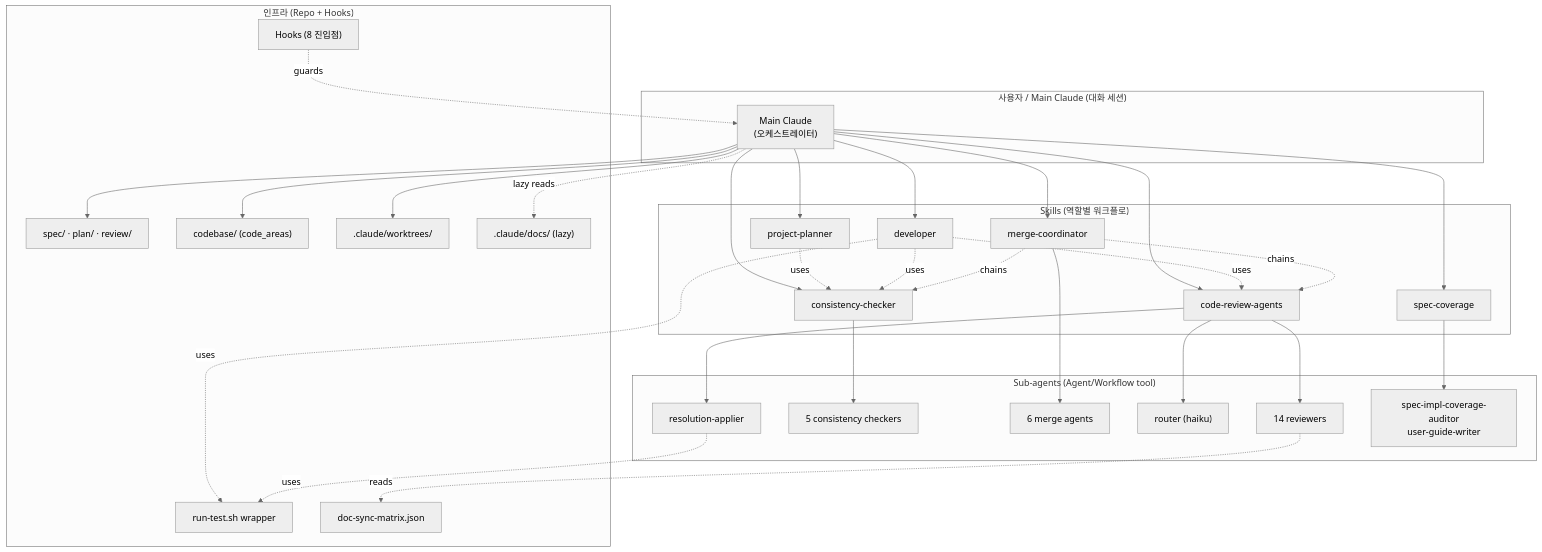
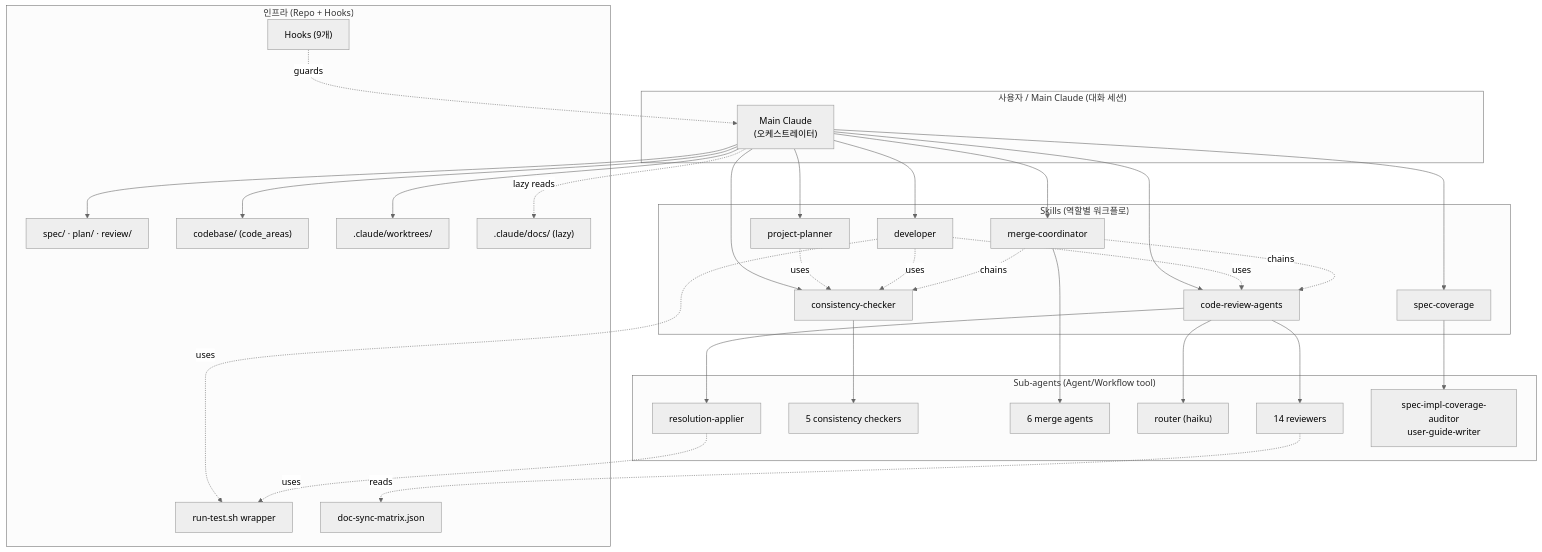
One commit to worker-ants/claude-code-harness changed the first of 8 diagrams in v2/OVERVIEW.md. Above: the diagram before and after it, drawn with Mermaid (neutral theme). The commit also changed other lines of this file and 8 other files, not shown here.

````diff
--- a/v2/OVERVIEW.md
+++ b/v2/OVERVIEW.md
@@ -42,44 +42,44 @@
 ```mermaid
 flowchart TB
     subgraph User["사용자 / Main Claude (대화 세션)"]
         M["Main Claude<br/>(오케스트레이터)"]
     end
     subgraph Skills["Skills (역할별 워크플로)"]
         S1["project-planner"]
         S2["developer"]
         S3["consistency-checker"]
         S4["code-review-agents"]
         S5["merge-coordinator"]
         S6["spec-coverage"]
     end
     subgraph Agents["Sub-agents (Agent/Workflow tool)"]
         A1["14 reviewers"]
         A2["5 consistency checkers"]
         A3["6 merge agents"]
         A4["router (haiku)"]
         A5["resolution-applier"]
         A6["spec-impl-coverage-auditor<br/>user-guide-writer"]
     end
     subgraph Infra["인프라 (Repo + Hooks)"]
         I1["spec/ · plan/ · review/"]
         I2["codebase/ (code_areas)"]
         I3[".claude/worktrees/"]
-        I5["Hooks (8 진입점)"]
+        I5["Hooks (9개)"]
         I6[".claude/docs/ (lazy)"]
         I7["run-test.sh wrapper"]
         I8["doc-sync-matrix.json"]
     end
     M --> S1 & S2 & S3 & S4 & S5 & S6
     S1 -.uses.-> S3
     S2 -.uses.-> S3 & S4
     S5 -.chains.-> S3 & S4
     S3 --> A2
     S4 --> A1 & A4 & A5
     S5 --> A3
     S6 --> A6
     M --> I1 & I2 & I3
     I5 -.guards.-> M
     M -.lazy reads.-> I6
     S2 & A5 -.uses.-> I7
     A1 -.reads.-> I8
 ```
````
